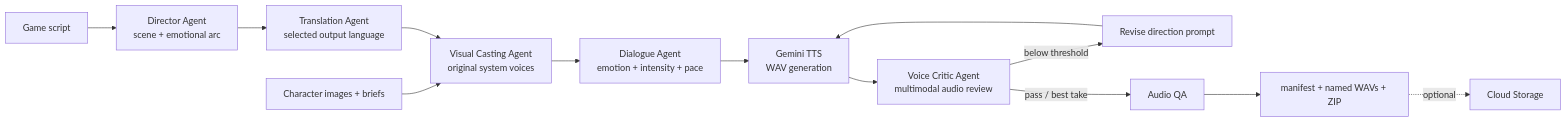
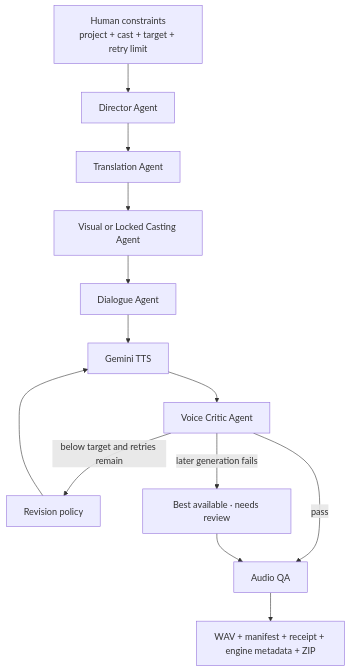
Before and after one commit to yian3690/RoleVox: the second of 2 diagrams in README.md, drawn with Mermaid. The commit also changed other lines of this file, not shown here.

````diff
--- a/README.md
+++ b/README.md
@@ -32,15 +82,15 @@
 ```mermaid
-flowchart LR
-    A[Game script] --> B[Director Agent\nscene + emotional arc]
-    B --> T[Translation Agent\nselected output language]
-    R[Character images + briefs] --> C[Visual Casting Agent\noriginal system voices]
-    T --> C
-    C --> D[Dialogue Agent\nemotion + intensity + pace]
-    D --> E[Gemini TTS\nWAV generation]
-    E --> F[Voice Critic Agent\nmultimodal audio review]
-    F -->|below threshold| G[Revise direction prompt]
-    G --> E
-    F -->|pass / best take| H[Audio QA]
-    H --> I[manifest + named WAVs + ZIP]
-    I -. optional .-> J[Cloud Storage]
+flowchart TD
+    A[Human constraints<br/>project + cast + target + retry limit] --> B[Director Agent]
+    B --> C[Translation Agent]
+    C --> D[Visual or Locked Casting Agent]
+    D --> E[Dialogue Agent]
+    E --> F[Gemini TTS]
+    F --> G[Voice Critic Agent]
+    G -->|below target and retries remain| H[Revision policy]
+    H --> F
+    G -->|pass| I[Audio QA]
+    G -->|later generation fails| J[Best available · needs review]
+    J --> I
+    I --> K[WAV + manifest + receipt + engine metadata + ZIP]
 ```
````
